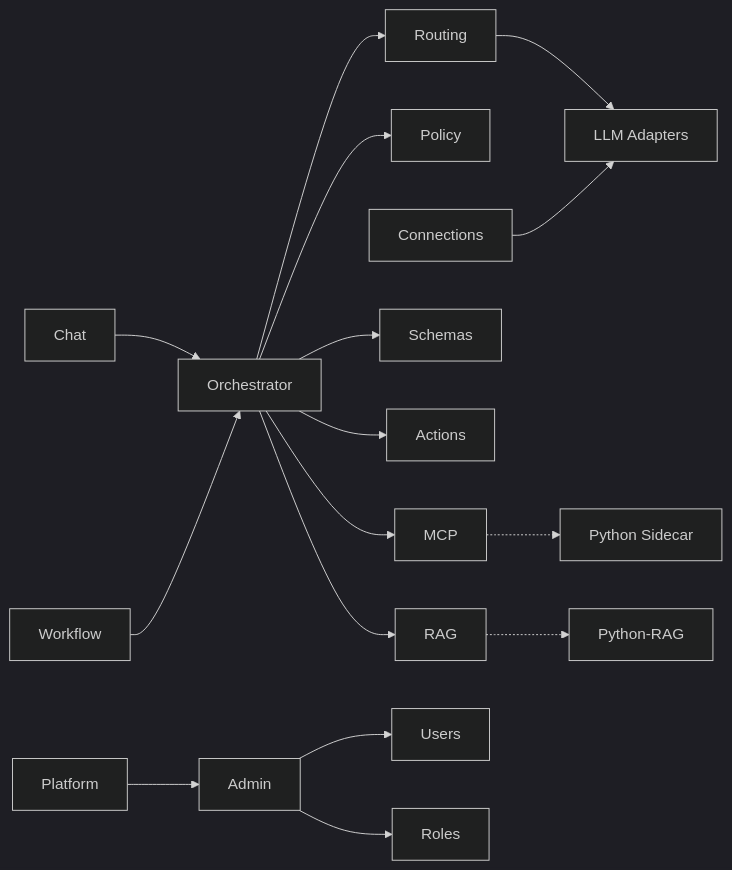
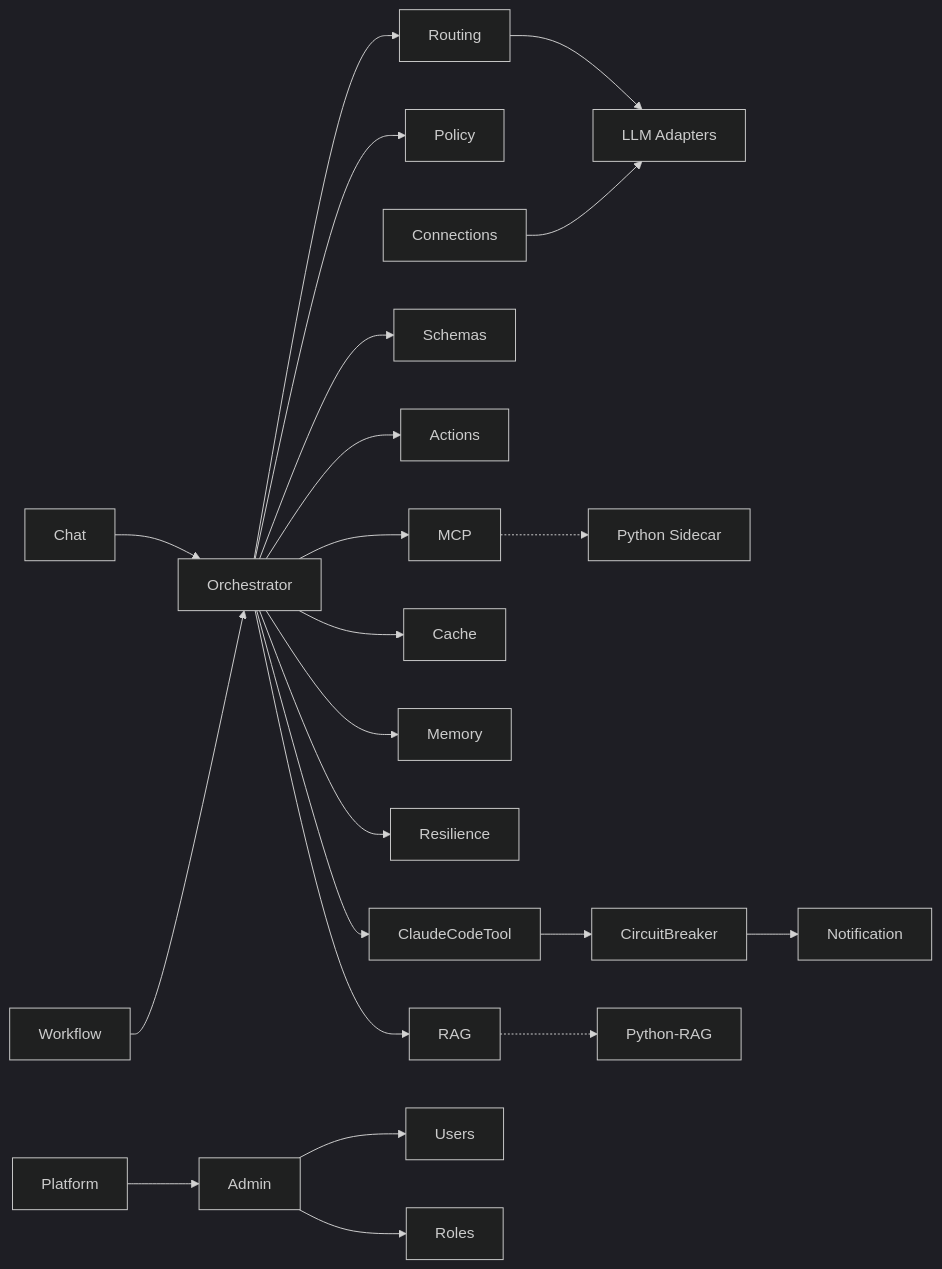
Before and after one commit to johnnykim7/aimbase: the second of 2 diagrams in docs/T1-2_모듈_요약.md, drawn with Mermaid (dark theme). The commit also changed other lines of this file and 47 other files, not shown here.

First line of the commit message:
feat: CR-011/012 구현 — ClaudeCodeTool 안정화 + 오케스트레이터 지능화 + 캐시/메모리

````diff
--- a/docs/T1-2_모듈_요약.md
+++ b/docs/T1-2_모듈_요약.md
@@ -88,16 +88,22 @@
 ```mermaid
 flowchart LR
   CHAT["Chat"] --> ORCH["Orchestrator"]
   WF["Workflow"] --> ORCH
   ORCH --> ROUTE["Routing"] --> LLM["LLM Adapters"]
   ORCH --> POLICY["Policy"]
   ORCH --> MCP["MCP"] -.-> PY["Python Sidecar"]
   ORCH --> SCHEMA["Schemas"]
   ORCH --> ACTION["Actions"]
+  ORCH --> CCTOOL["ClaudeCodeTool"]
+  CCTOOL --> CIRCUIT["CircuitBreaker"]
+  CIRCUIT --> NOTIFY["Notification"]
+  ORCH --> CACHE["Cache"]
+  ORCH --> MEMORY["Memory"]
+  ORCH --> RESIL["Resilience"]
   ORCH --> RAG["RAG"]
   RAG -.-> PYRAG["Python-RAG"]
   CONN["Connections"] --> LLM
   ADMIN["Admin"] --> USERS["Users"]
   ADMIN --> ROLES["Roles"]
   PLATFORM["Platform"] --> ADMIN
 ```
````
